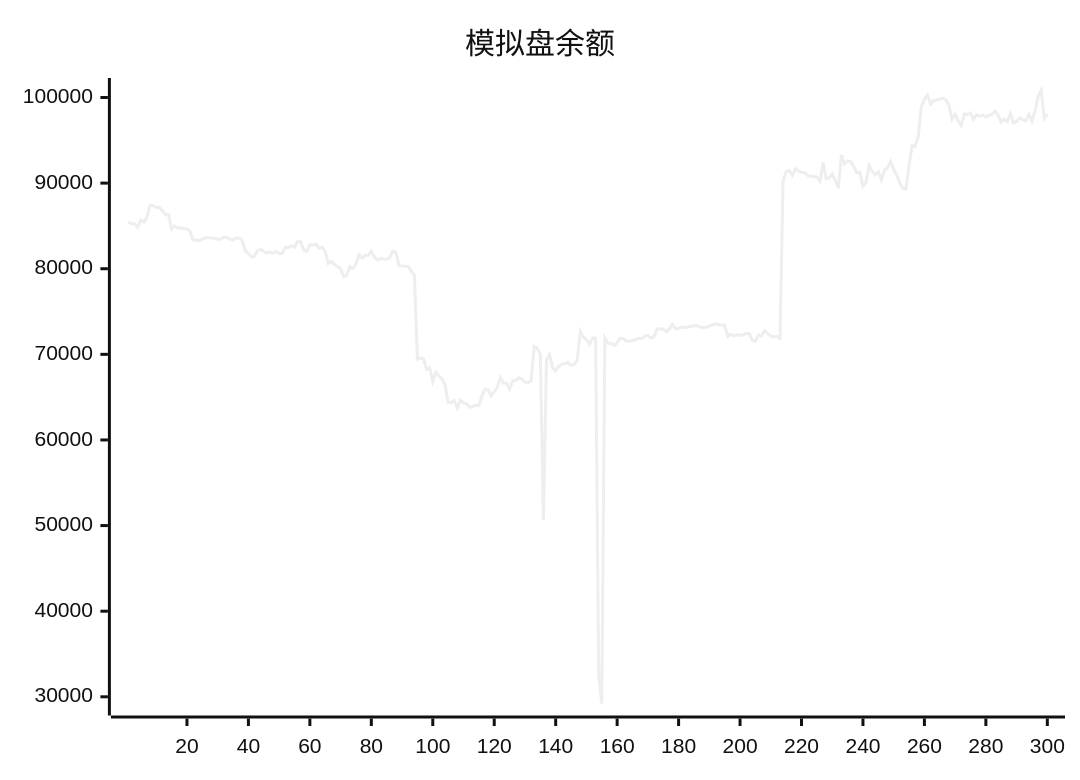
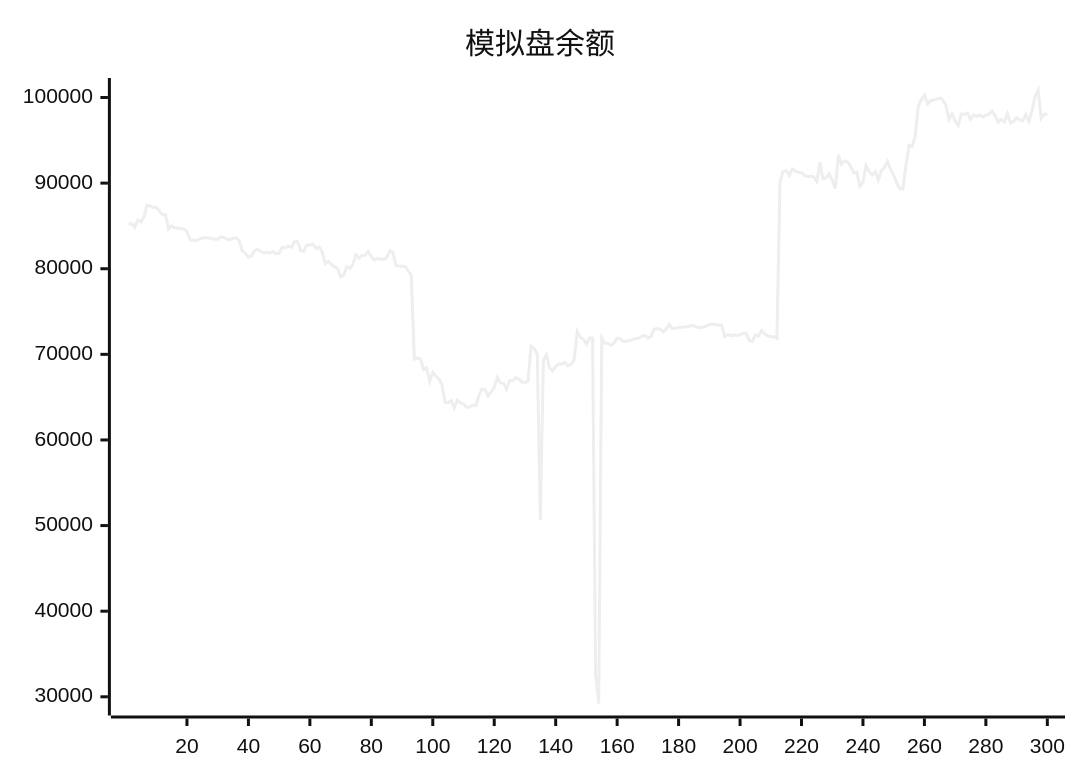
The diagram in README.md (aahl/ai-trading), drawn with Mermaid (neutral theme) before and after one commit. The commit also changed other lines of this file and 1 other file, not shown here.

````diff
--- a/README.md
+++ b/README.md
@@ -5,5 +5,5 @@
 ```mermaid
 xychart
     title "模拟盘余额"
-    line [85435,85251,85255,84820,85689,85453,86066,87420,87373,87161,87178,86740,86341,86315,84643,85012,84772,84768,84690,84635,84376,83360,83357,83259,83474,83608,83606,83602,83548,83440,83454,83724,83644,83464,83365,83590,83592,83275,82072,81806,81344,81492,82109,82254,82006,81848,81955,81829,82022,81769,81776,82522,82441,82656,82498,83144,83144,82150,82038,82797,82763,82872,82367,82536,81981,80612,80862,80484,80242,80034,79063,79245,80226,80016,80507,81625,81233,81544,81578,82016,81401,81019,81186,81130,81118,81306,82066,81909,80392,80304,80291,80258,79729,79261,69466,69579,69456,68251,68415,66832,67911,67462,67144,66432,64380,64375,64606,63740,64647,64324,64216,63842,63877,64078,64008,65156,65945,65888,65157,65625,66144,67284,66653,66639,65924,66925,66956,67263,67108,66766,66729,66886,70927,70673,70049,50652,69334,69973,68400,68061,68578,68876,68879,69055,68662,68822,69329,72687,71999,71760,71162,71911,71896,32500,29218,71927,71297,71305,71044,71337,71883,71822,71536,71536,71622,71723,71880,71860,72100,72216,71887,72077,72940,72976,72966,72638,72948,73497,73004,73041,73173,73160,73186,73258,73375,73351,73173,73098,73161,73305,73474,73536,73457,73413,73412,72100,72333,72164,72272,72204,72285,72461,72421,71652,71521,72267,72157,72774,72424,72144,72060,72091,71858,90185,91338,91466,90900,91678,91404,91268,91244,90903,90779,90787,90721,90187,92429,90518,90619,91070,90328,89376,93286,92202,92581,92485,91947,91196,91259,89619,90086,92063,91355,90950,91327,90373,91498,91800,92531,91603,90910,90031,89351,89334,92097,94406,94315,95455,98972,99763,100286,99229,99622,99701,99805,99938,99738,99082,97430,98094,97267,96741,98081,98013,98194,97447,97983,97789,97969,97729,97911,98043,98405,97912,97120,97448,97154,98095,97021,97190,97616,97402,97263,98035,97210,98424,100120,100876,97552,98049]
+    line [85251,85255,84820,85689,85453,86066,87420,87373,87161,87178,86740,86341,86315,84643,85012,84772,84768,84690,84635,84376,83360,83357,83259,83474,83608,83606,83602,83548,83440,83454,83724,83644,83464,83365,83590,83592,83275,82072,81806,81344,81492,82109,82254,82006,81848,81955,81829,82022,81769,81776,82522,82441,82656,82498,83144,83144,82150,82038,82797,82763,82872,82367,82536,81981,80612,80862,80484,80242,80034,79063,79245,80226,80016,80507,81625,81233,81544,81578,82016,81401,81019,81186,81130,81118,81306,82066,81909,80392,80304,80291,80258,79729,79261,69466,69579,69456,68251,68415,66832,67911,67462,67144,66432,64380,64375,64606,63740,64647,64324,64216,63842,63877,64078,64008,65156,65945,65888,65157,65625,66144,67284,66653,66639,65924,66925,66956,67263,67108,66766,66729,66886,70927,70673,70049,50652,69334,69973,68400,68061,68578,68876,68879,69055,68662,68822,69329,72687,71999,71760,71162,71911,71896,32500,29218,71927,71297,71305,71044,71337,71883,71822,71536,71536,71622,71723,71880,71860,72100,72216,71887,72077,72940,72976,72966,72638,72948,73497,73004,73041,73173,73160,73186,73258,73375,73351,73173,73098,73161,73305,73474,73536,73457,73413,73412,72100,72333,72164,72272,72204,72285,72461,72421,71652,71521,72267,72157,72774,72424,72144,72060,72091,71858,90185,91338,91466,90900,91678,91404,91268,91244,90903,90779,90787,90721,90187,92429,90518,90619,91070,90328,89376,93286,92202,92581,92485,91947,91196,91259,89619,90086,92063,91355,90950,91327,90373,91498,91800,92531,91603,90910,90031,89351,89334,92097,94406,94315,95455,98972,99763,100286,99229,99622,99701,99805,99938,99738,99082,97430,98094,97267,96741,98081,98013,98194,97447,97983,97789,97969,97729,97911,98043,98405,97912,97120,97448,97154,98095,97021,97190,97616,97402,97263,98035,97210,98424,100120,100876,97552,98049,98085]
 ```
````
